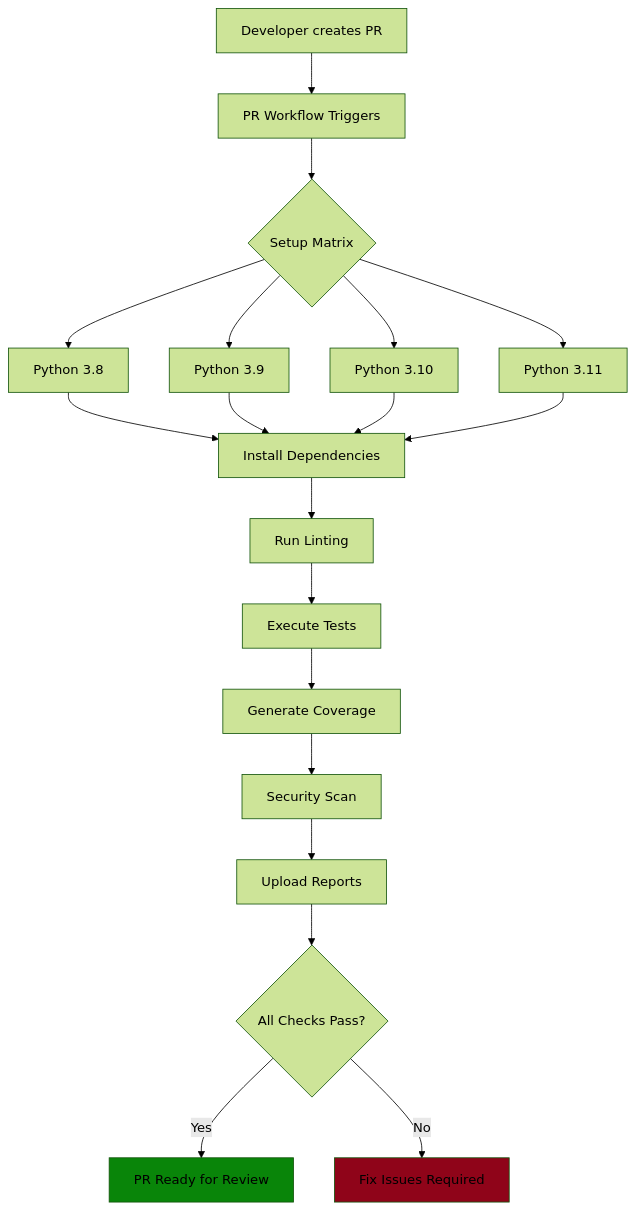
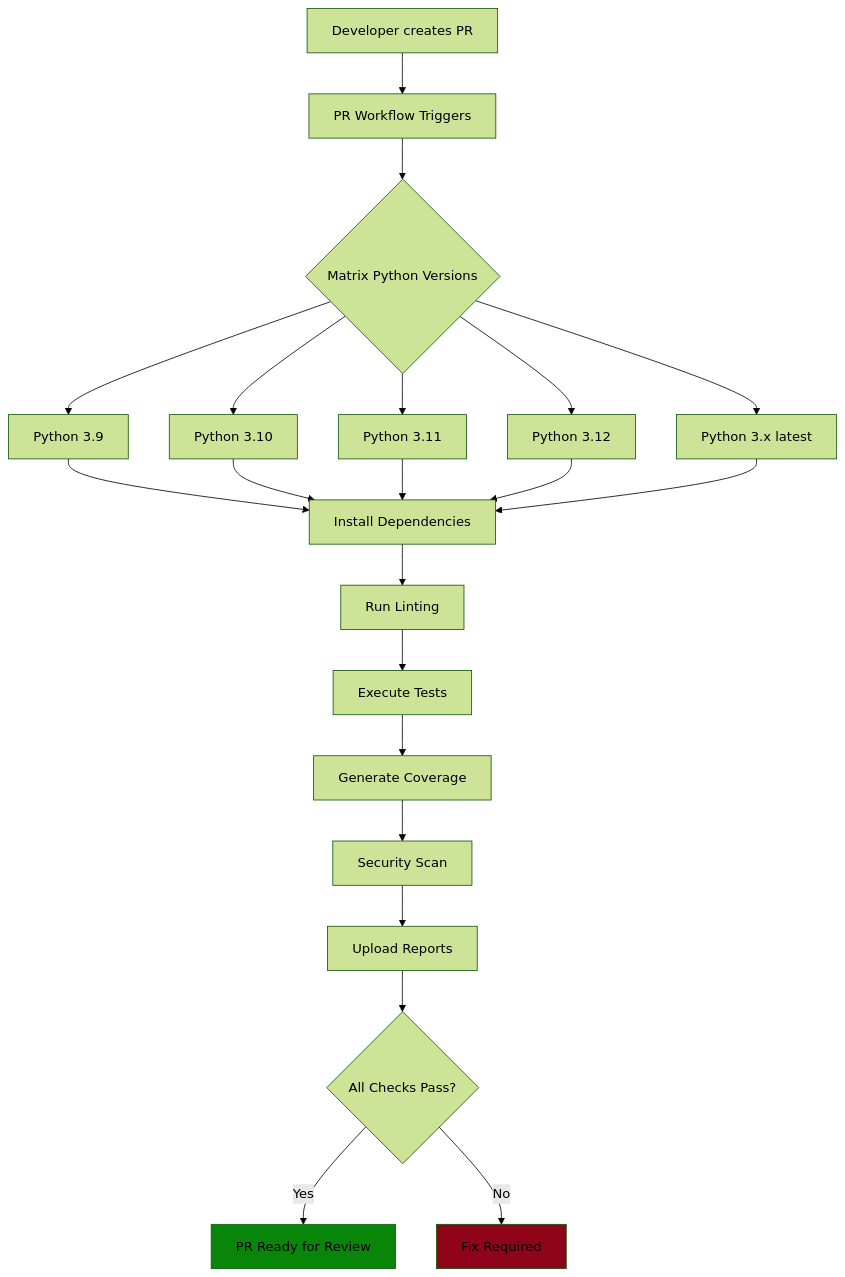
The first of 2 diagrams in README.md (Matan-Shabi/msd-pipeline-hw), drawn with Mermaid (forest theme) before and after one commit. The commit also changed other lines of this file and 2 other files, not shown here.

Commit message:
PR and Release upgraded versions

````diff
--- a/README.md
+++ b/README.md
@@ -90,27 +98,29 @@
 ```mermaid
 graph TB
     A[Developer creates PR] --> B[PR Workflow Triggers]
-    B --> C{Setup Matrix}
-    C --> D[Python 3.8]
-    C --> E[Python 3.9]
-    C --> F[Python 3.10]
-    C --> G[Python 3.11]
+    B --> C{Matrix Python Versions}
+    C --> D[Python 3.9]
+    C --> E[Python 3.10]
+    C --> F[Python 3.11]
+    C --> G[Python 3.12]
+    C --> H[Python 3.x latest]
 
-    D --> H[Install Dependencies]
-    E --> H
-    F --> H
-    G --> H
+    D --> I[Install Dependencies]
+    E --> I
+    F --> I
+    G --> I
+    H --> I
 
-    H --> I[Run Linting]
-    I --> J[Execute Tests]
-    J --> K[Generate Coverage]
-    K --> L[Security Scan]
-    L --> M[Upload Reports]
+    I --> J[Run Linting]
+    J --> K[Execute Tests]
+    K --> L[Generate Coverage]
+    L --> M[Security Scan]
+    M --> N[Upload Reports]
 
-    M --> N{All Checks Pass?}
-    N -->|Yes| O[PR Ready for Review]
-    N -->|No| P[ Fix Issues Required]
+    N --> O{All Checks Pass?}
+    O -->|Yes| P[PR Ready for Review]
+    O -->|No| Q[Fix Required]
 
-    style O fill:#098509
-    style P fill:#8f0419
+    style P fill:#098509
+    style Q fill:#8f0419
 ```
````
